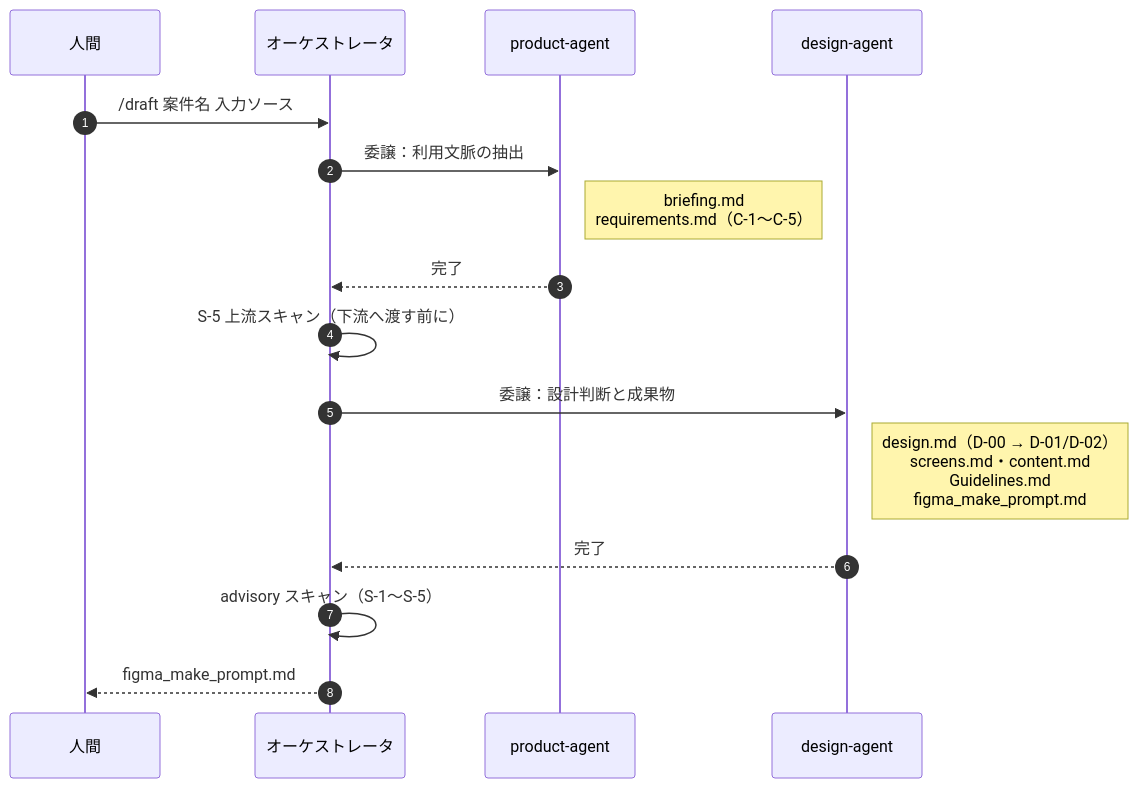
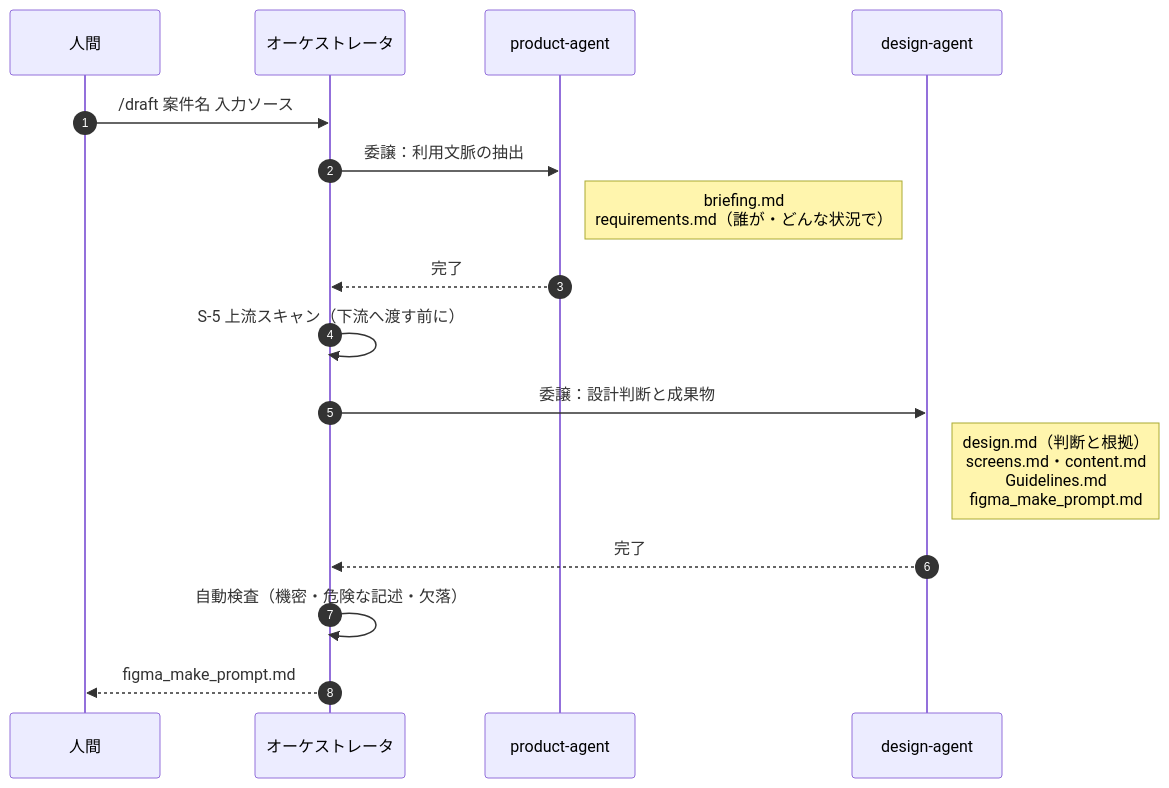
One commit to daichi-kubokawa/prototyping-agents changed the third of 5 diagrams in WORKFLOW.md. Above: the diagram before and after it, drawn with Mermaid. The commit also changed other lines of this file, not shown here.

````diff
--- a/WORKFLOW.md
+++ b/WORKFLOW.md
@@ -159,19 +159,19 @@
 ```mermaid
 sequenceDiagram
     autonumber
     participant U as 人間
     participant O as オーケストレータ
     participant P as product-agent
     participant D as design-agent
 
     U->>O: /draft 案件名 入力ソース
     O->>P: 委譲：利用文脈の抽出
-    Note right of P: briefing.md<br/>requirements.md（C-1〜C-5）
+    Note right of P: briefing.md<br/>requirements.md（誰が・どんな状況で）
     P-->>O: 完了
     O->>O: S-5 上流スキャン（下流へ渡す前に）
     O->>D: 委譲：設計判断と成果物
-    Note right of D: design.md（D-00 → D-01/D-02）<br/>screens.md・content.md<br/>Guidelines.md<br/>figma_make_prompt.md
+    Note right of D: design.md（判断と根拠）<br/>screens.md・content.md<br/>Guidelines.md<br/>figma_make_prompt.md
     D-->>O: 完了
-    O->>O: advisory スキャン（S-1〜S-5）
+    O->>O: 自動検査（機密・危険な記述・欠落）
     O-->>U: figma_make_prompt.md
 ```
````
